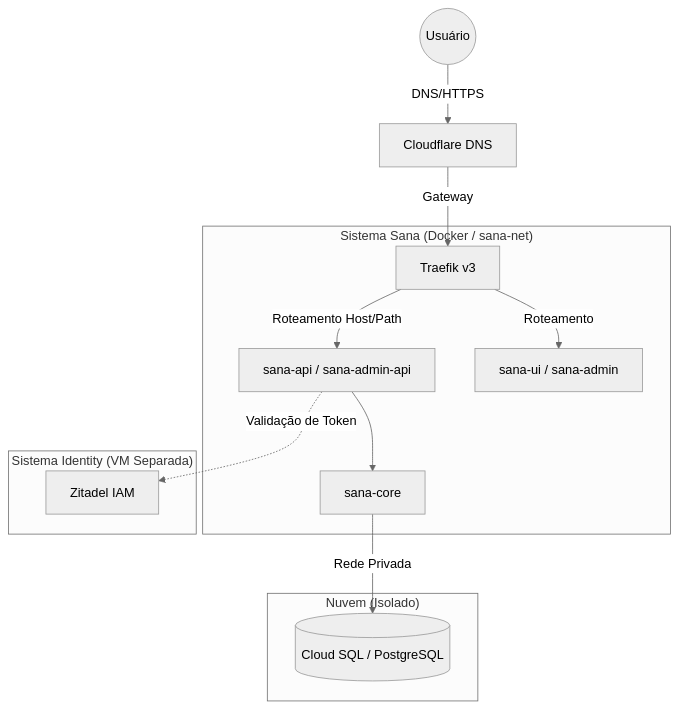
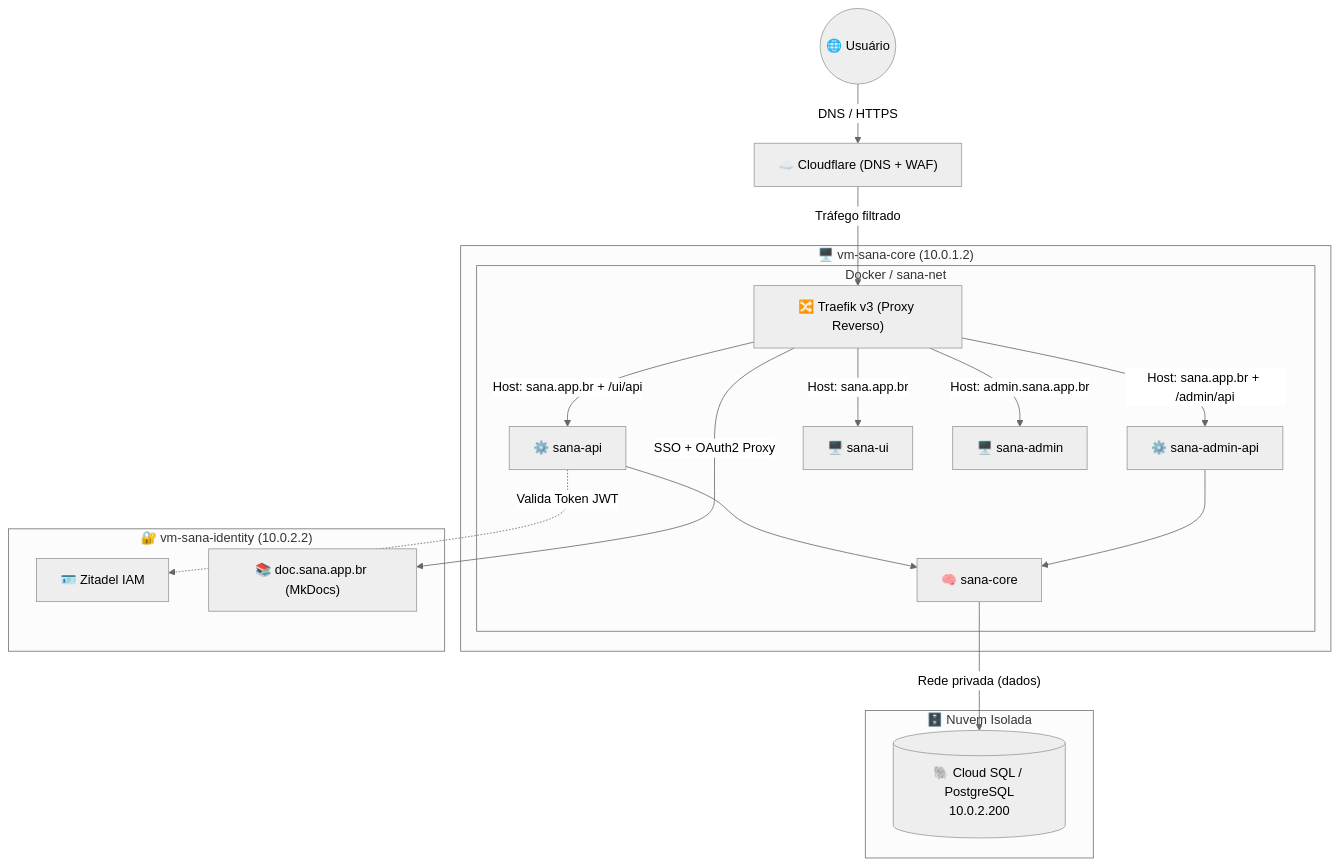
One commit to rofilho/cloud changed the first of 4 diagrams in Aula 11.5 - Pratica CI CD e Arquitetura Cloud - Estudo de Caso.md. Above: the diagram before and after it, drawn with Mermaid (neutral theme). The commit also changed other lines of this file, not shown here.

Commit message:
fix: Revisao completa da Aula 11.5 — diagramas, codigo real, didatica

````diff
--- a/Aula 11.5 - Pratica CI CD e Arquitetura Cloud - Estudo de Caso.md
+++ b/Aula 11.5 - Pratica CI CD e Arquitetura Cloud - Estudo de Caso.md
@@ -62,22 +77,29 @@
 ```mermaid
 graph TD
-    User((Usuário)) --> |DNS/HTTPS| CF[Cloudflare DNS]
-    CF --> |Gateway| TR[Traefik v3]
-    
-    subgraph "Nuvem (Isolado)"
-        SQL[(Cloud SQL / PostgreSQL)]
+    User((🌐 Usuário)) -->|DNS / HTTPS| CF["☁️ Cloudflare (DNS + WAF)"]
+    CF -->|Tráfego filtrado| TR["🔀 Traefik v3 (Proxy Reverso)"]
+
+    subgraph "🖥️ vm-sana-core (10.0.1.2)"
+        subgraph "Docker / sana-net"
+            TR -->|Host: sana.app.br + /ui/api| API["⚙️ sana-api"]
+            TR -->|Host: sana.app.br + /admin/api| AAPI["⚙️ sana-admin-api"]
+            TR -->|Host: sana.app.br| UI["🖥️ sana-ui"]
+            TR -->|Host: admin.sana.app.br| ADM["🖥️ sana-admin"]
+            API --> CORE["🧠 sana-core"]
+            AAPI --> CORE
+        end
     end
-    
-    subgraph "Sistema Sana (Docker / sana-net)"
-        TR --> |Roteamento Host/Path| API[sana-api / sana-admin-api]
-        TR --> |Roteamento| UI[sana-ui / sana-admin]
-        API --> CORE[sana-core]
+
+    subgraph "🔐 vm-sana-identity (10.0.2.2)"
+        IAM["🪪 Zitadel IAM"]
+        DOC["📚 doc.sana.app.br (MkDocs)"]
     end
-    
-    subgraph "Sistema Identity (VM Separada)"
-        IAM[Zitadel IAM]
+
+    subgraph "🗄️ Nuvem Isolada"
+        SQL[("🐘 Cloud SQL / PostgreSQL\n10.0.2.200")]
     end
-    
-    API -.-> |Validação de Token| IAM
-    CORE --> |Rede Privada| SQL
+
+    API -.->|"Valida Token JWT"| IAM
+    CORE -->|"Rede privada (dados)"| SQL
+    TR -->|"SSO + OAuth2 Proxy"| DOC
 ```
````
